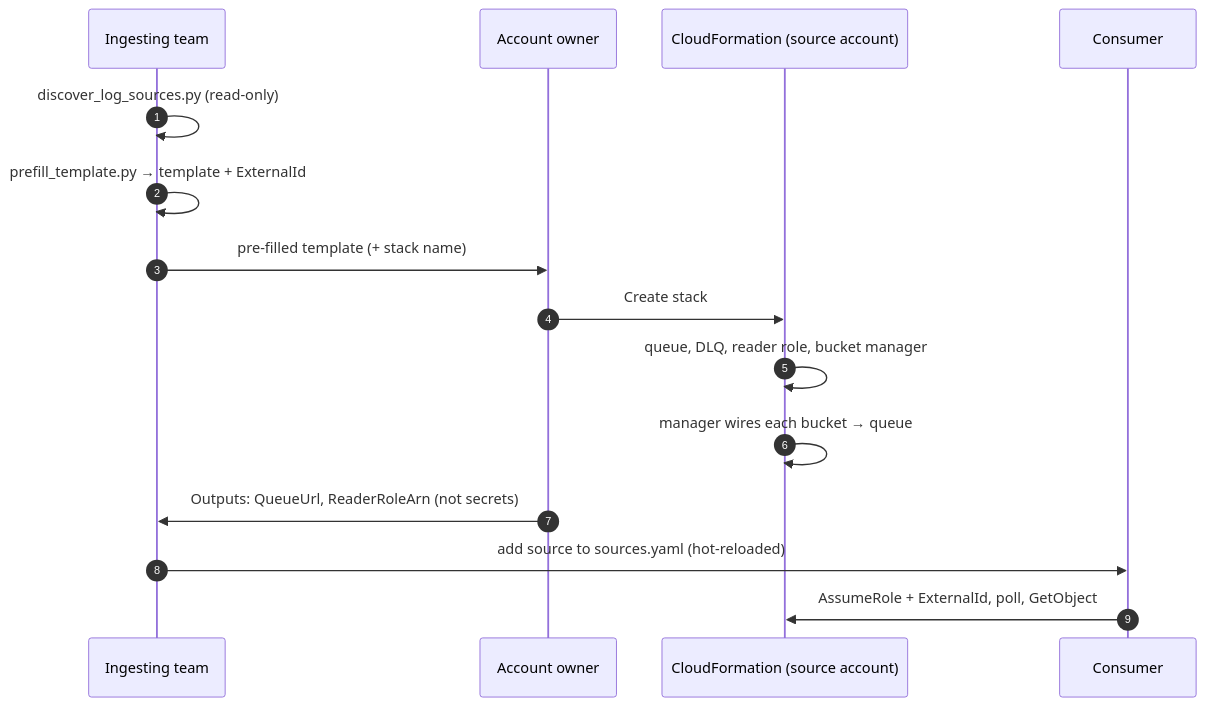
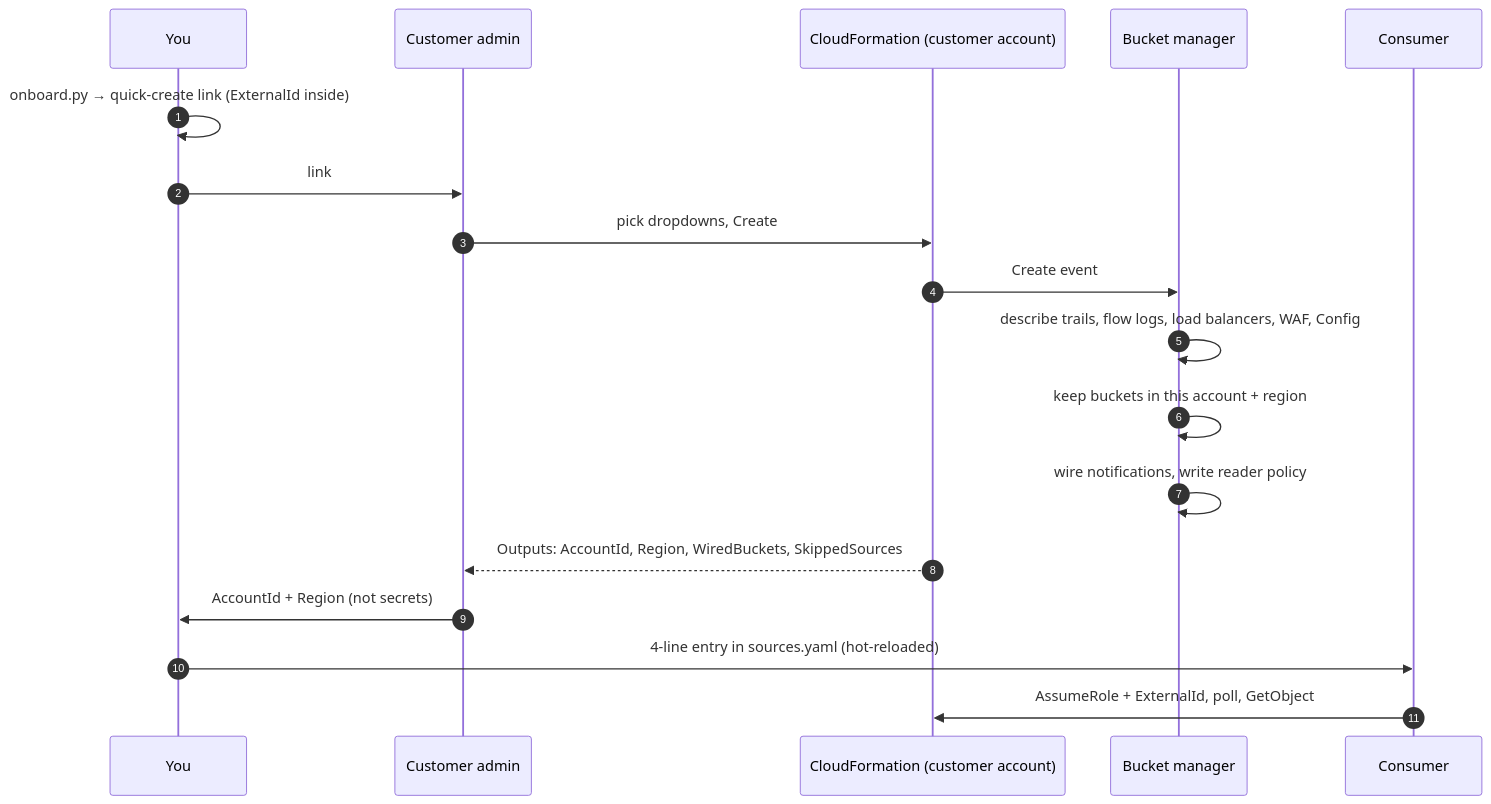
Before and after one commit to narkhedeakshay26/event-driven-aws-log-ingestion: the first of 2 diagrams in docs/ARCHITECTURE.md, drawn with Mermaid. The commit also changed other lines of this file and 22 other files, not shown here.

First line of the commit message:
One shared template for every customer: dropdowns + auto-discovery

````diff
--- a/docs/ARCHITECTURE.md
+++ b/docs/ARCHITECTURE.md
@@ -16,17 +16,20 @@
 ```mermaid
 sequenceDiagram
     autonumber
-    participant I as Ingesting team
-    participant O as Account owner
-    participant CFN as CloudFormation (source account)
-    participant C as Consumer
-    I->>I: discover_log_sources.py (read-only)
-    I->>I: prefill_template.py → template + ExternalId
-    I->>O: pre-filled template (+ stack name)
-    O->>CFN: Create stack
-    CFN->>CFN: queue, DLQ, reader role, bucket manager
-    CFN->>CFN: manager wires each bucket → queue
-    O->>I: Outputs: QueueUrl, ReaderRoleArn (not secrets)
-    I->>C: add source to sources.yaml (hot-reloaded)
-    C->>CFN: AssumeRole + ExternalId, poll, GetObject
+    participant Y as You
+    participant C as Customer admin
+    participant CFN as CloudFormation (customer account)
+    participant M as Bucket manager
+    participant K as Consumer
+    Y->>Y: onboard.py → quick-create link (ExternalId inside)
+    Y->>C: link
+    C->>CFN: pick dropdowns, Create
+    CFN->>M: Create event
+    M->>M: describe trails, flow logs, load balancers, WAF, Config
+    M->>M: keep buckets in this account + region
+    M->>M: wire notifications, write reader policy
+    CFN-->>C: Outputs: AccountId, Region, WiredBuckets, SkippedSources
+    C->>Y: AccountId + Region (not secrets)
+    Y->>K: 4-line entry in sources.yaml (hot-reloaded)
+    K->>CFN: AssumeRole + ExternalId, poll, GetObject
 ```
````
